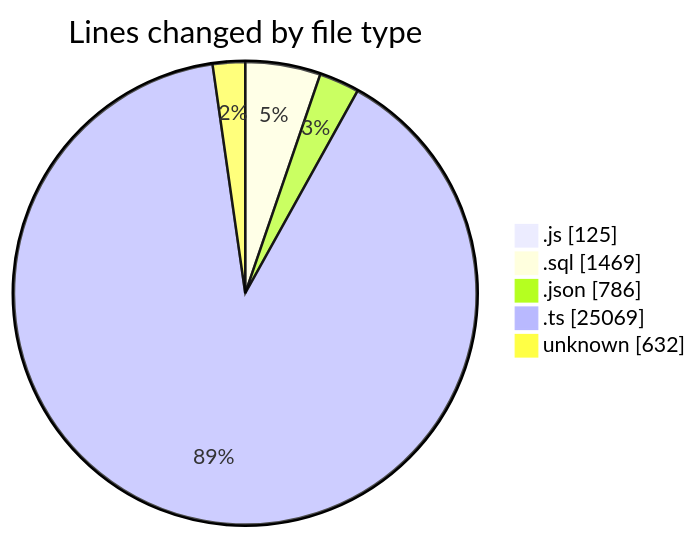
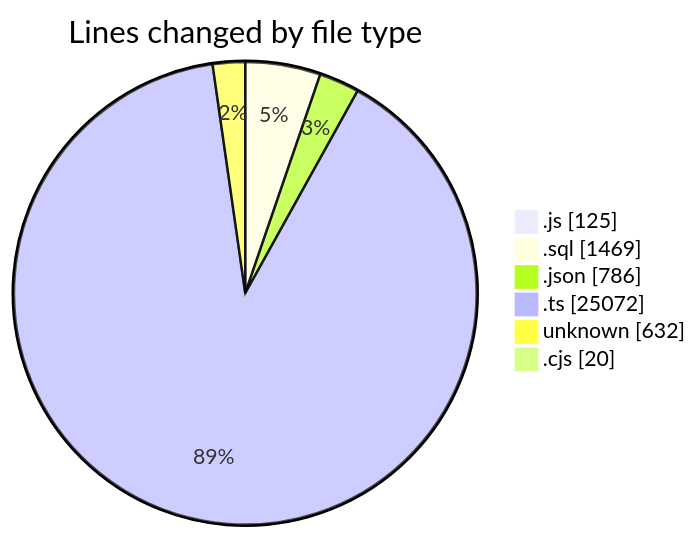
The first of 2 diagrams in 2026-05-20/cda/README.md (momahboobian/code-tracking), drawn with Mermaid before and after one commit. The commit also changed other lines of this file and 1 other file, not shown here.

````diff
--- a/2026-05-20/cda/README.md
+++ b/2026-05-20/cda/README.md
@@ -40,9 +41,10 @@
 ```mermaid
 pie showData
 title Lines changed by file type
 ".js" : 125
 ".sql" : 1469
 ".json" : 786
-".ts" : 25069
+".ts" : 25072
 "unknown" : 632
+".cjs" : 20
 ```
````
